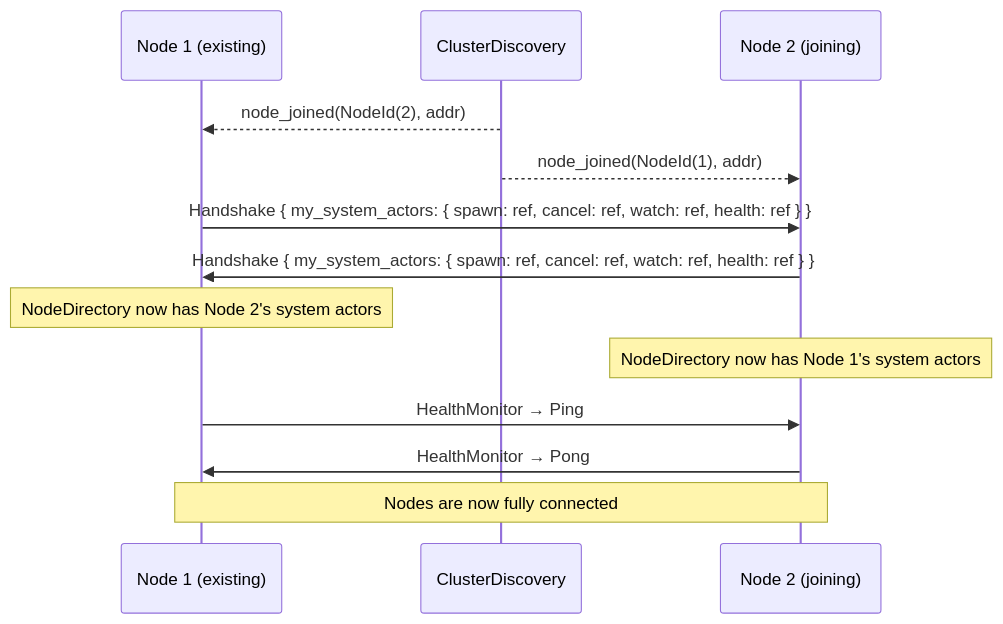
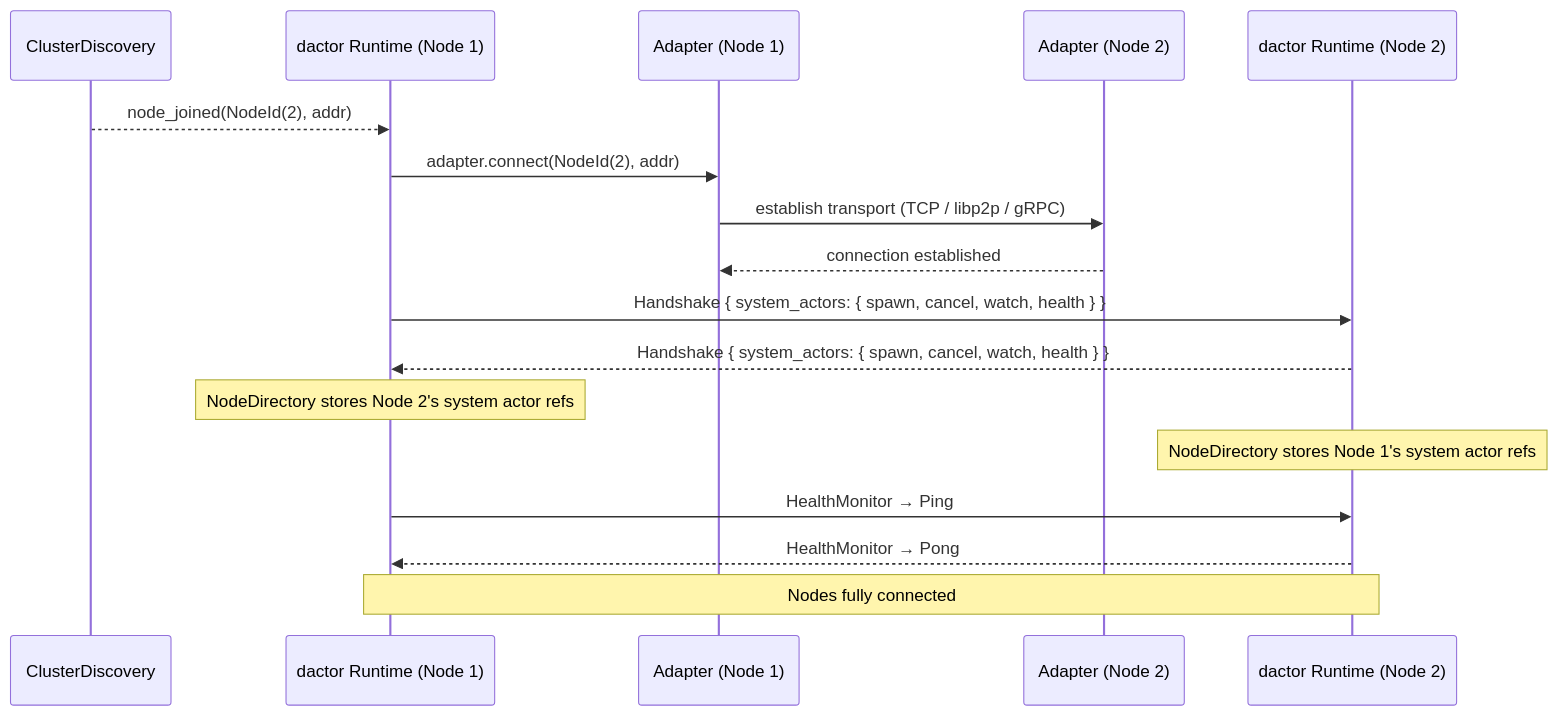
Before and after one commit to Yaming-Hub/dactor: diagram 18 of 28 in docs/design-v0.2.md, drawn with Mermaid. The commit also changed other lines of this file, not shown here.

First line of the commit message:
docs: add AdapterCluster trait + per-provider node join/leave details

````diff
--- a/docs/design-v0.2.md
+++ b/docs/design-v0.2.md
@@ -3682,19 +3725,24 @@
 ```mermaid
 sequenceDiagram
-    participant N1 as Node 1 (existing)
     participant CD as ClusterDiscovery
-    participant N2 as Node 2 (joining)
+    participant R1 as dactor Runtime (Node 1)
+    participant A1 as Adapter (Node 1)
+    participant A2 as Adapter (Node 2)
+    participant R2 as dactor Runtime (Node 2)
 
-    CD-->>N1: node_joined(NodeId(2), addr)
-    CD-->>N2: node_joined(NodeId(1), addr)
+    CD-->>R1: node_joined(NodeId(2), addr)
 
-    N1->>N2: Handshake { my_system_actors: { spawn: ref, cancel: ref, watch: ref, health: ref } }
-    N2->>N1: Handshake { my_system_actors: { spawn: ref, cancel: ref, watch: ref, health: ref } }
+    R1->>A1: adapter.connect(NodeId(2), addr)
+    A1->>A2: establish transport (TCP / libp2p / gRPC)
+    A2-->>A1: connection established
 
-    Note over N1: NodeDirectory now has Node 2's system actors
-    Note over N2: NodeDirectory now has Node 1's system actors
+    R1->>R2: Handshake { system_actors: { spawn, cancel, watch, health } }
+    R2-->>R1: Handshake { system_actors: { spawn, cancel, watch, health } }
 
-    N1->>N2: HealthMonitor → Ping
-    N2->>N1: HealthMonitor → Pong
-    Note over N1,N2: Nodes are now fully connected
+    Note over R1: NodeDirectory stores Node 2's system actor refs
+    Note over R2: NodeDirectory stores Node 1's system actor refs
+
+    R1->>R2: HealthMonitor → Ping
+    R2-->>R1: HealthMonitor → Pong
+    Note over R1,R2: Nodes fully connected
 ```
````
